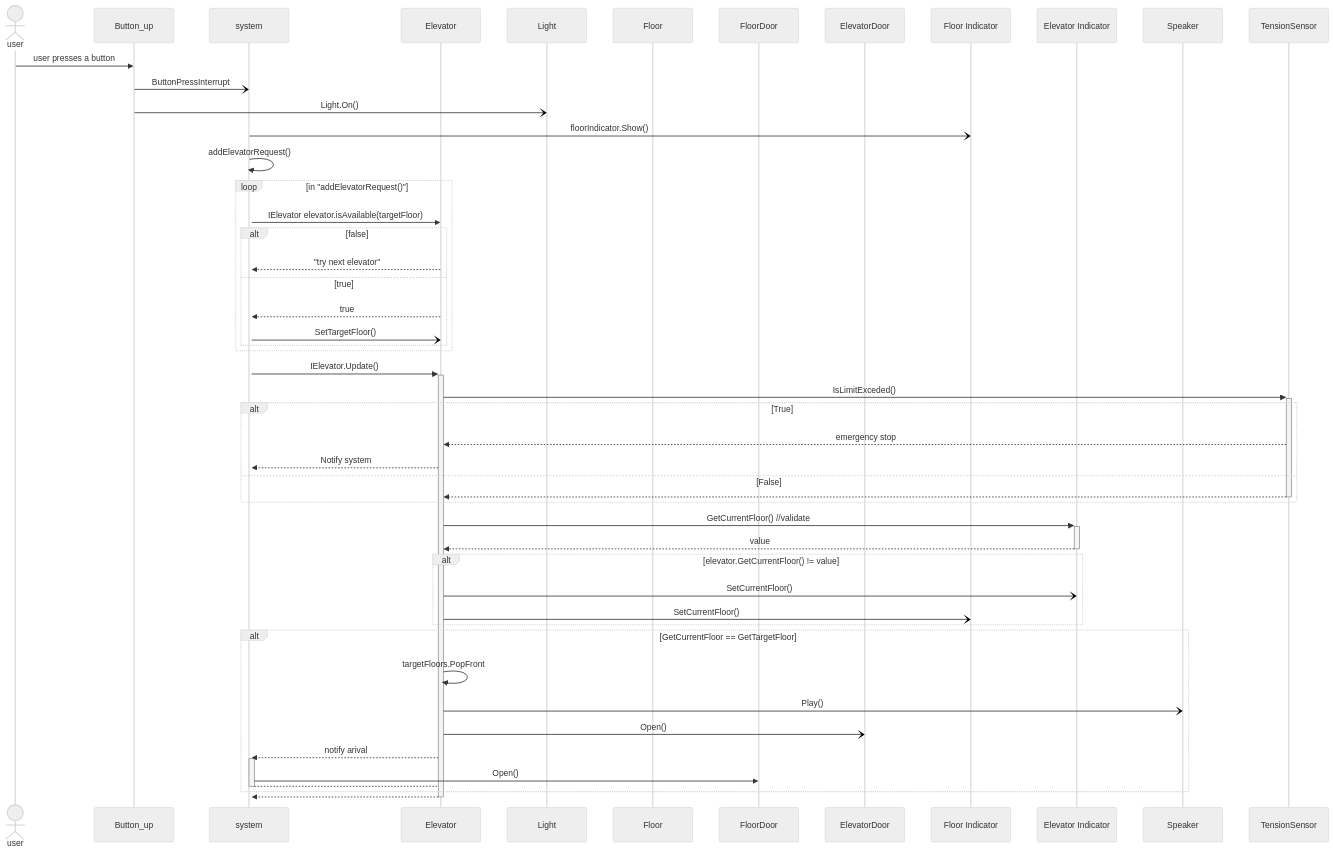
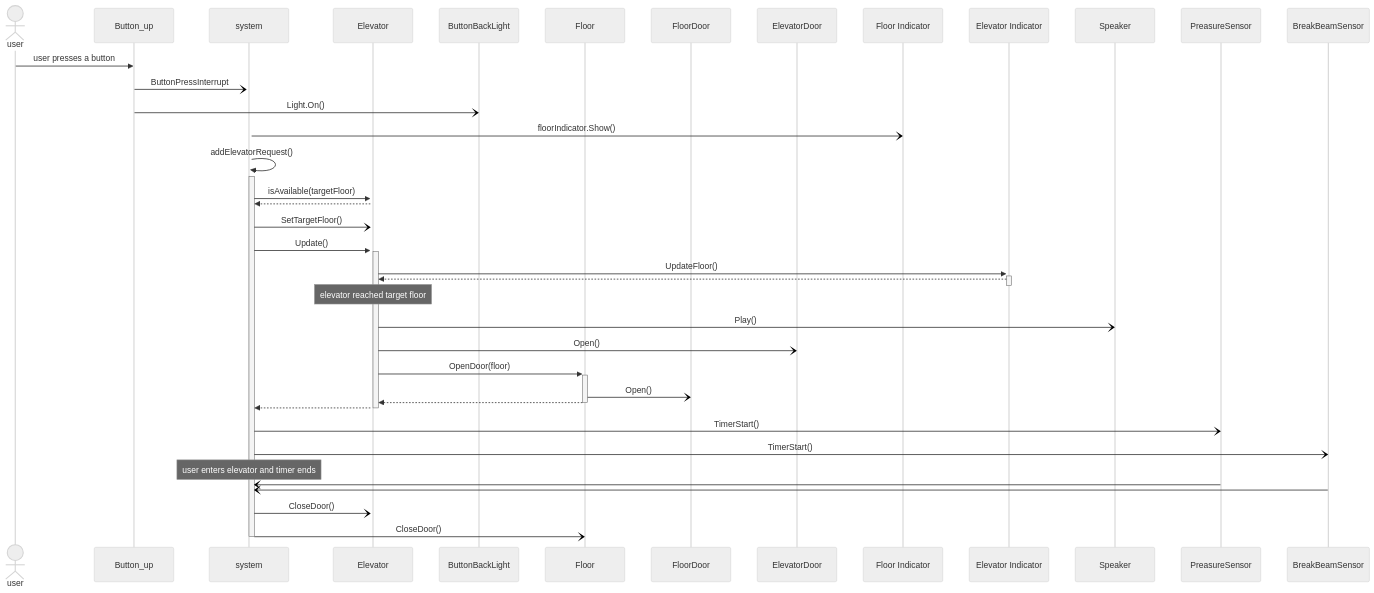
The diagram in notes/SD/challenge_2_elevator/sequence diagram.md (gamepro110/t-db3-2324nj), drawn with Mermaid (neutral theme) before and after one commit. The commit also changed other lines of this file and 1 other file, not shown here.

Commit message:
Update sequence diagram

````diff
--- a/notes/SD/challenge_2_elevator/sequence diagram.md
+++ b/notes/SD/challenge_2_elevator/sequence diagram.md
@@ -12,72 +11,63 @@
 ```mermaid
 sequenceDiagram
 
 %%TODO fix order when done
 actor U as user
 participant B as Button_up 
 participant S as system
 participant E as Elevator
-participant L as Light
+participant L as ButtonBackLight
 participant F as Floor
 participant Df as FloorDoor
 participant De as ElevatorDoor
 participant If as Floor Indicator
 participant Ie as Elevator Indicator
 participant SP as Speaker
-participant T as TensionSensor
+participant P as PreasureSensor
+participant Bb as BreakBeamSensor
 
 %% ----------------------------------------
 
 %% start user interaction
 U ->> B: user presses a button
-B -) S: ButtonPressInterrupt
+B -)+ S: ButtonPressInterrupt
 B -) L : Light.On()
 S -) If : floorIndicator.Show()
-S ->>+ S : addElevatorRequest()
+S ->> S : addElevatorRequest()
+activate S
 
-loop in "addElevatorRequest()"
-    S ->> E : IElevator elevator.isAvailable(targetFloor)
-    
-    alt false
-        E -->> S : "try next elevator"
-    else true
-        E -->> S : true
-        S -) E : SetTargetFloor()
-    end
-end
+S ->>+ E : isAvailable(targetFloor)
+%% empty on purpose
+E -->> S : 
+S -) E : SetTargetFloor()
+S ->>+ E : Update()
 
-S ->>+ E : IElevator.Update()
-E ->>+ T : IsLimitExceded()
-    alt True
-        T -->> E : emergency stop
-        E -->> S : Notify system
-    else False
-        T -->>- E : 
-    end
-
-E ->>+ Ie : GetCurrentFloor() //validate
-Ie -->>- E : value
-    alt elevator.GetCurrentFloor() != value
-        E -) Ie : SetCurrentFloor()
-        E -) If : SetCurrentFloor()
-    end
+E ->>+ Ie : UpdateFloor()
+%% empty on purpose
+Ie -->>- E : 
 
 %% elevator reaches target
-alt GetCurrentFloor == GetTargetFloor
-E ->> E : targetFloors.PopFront
+%%E ->> E : floorReached()
+note over E : elevator reached target floor
 E -) SP : Play()
 E -) De : Open()
-E -->>+ S : notify arival
-S ->> Df : Open()
-S -->- E : 
-end
-
-%% start door timer
-
-%% close door at end of timer
+E ->>+ F : OpenDoor(floor)
+F -) Df : Open()
+F -->>- E : 
 
 %% empty on purpose
 E -->>- S : 
 
-%%S -->>- S : 
+%% start door timer
+S -) P : TimerStart()
+S -) Bb : TimerStart()
+
+%% close door at end of timer
+note over S : user enters elevator and timer ends
+P -) S : 
+Bb -) S : 
+S -) E : CloseDoor()
+S -) F : CloseDoor()
+deactivate S
+%%S -->>- B : 
 ```
````
